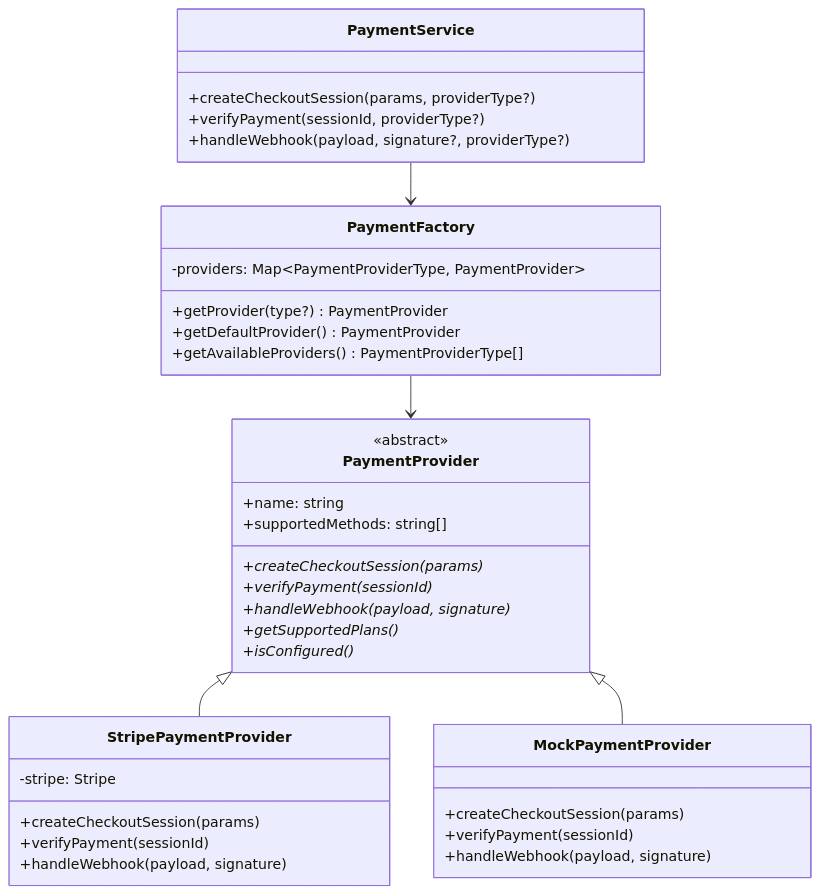
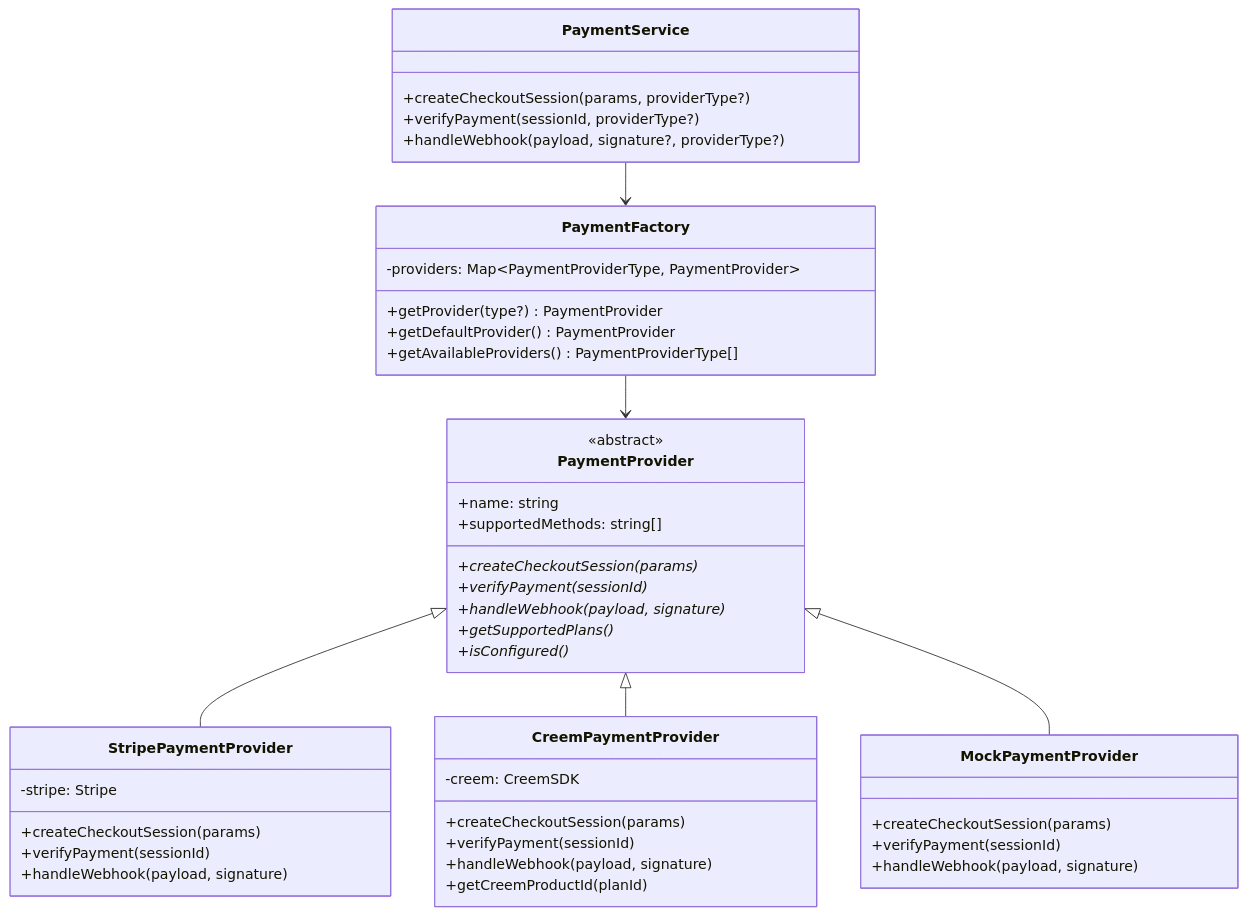
The diagram in docs/payment-system-refactor.md (musik/Open-Aiartools), drawn with Mermaid before and after one commit. The commit also changed other lines of this file, not shown here.

````diff
--- a/docs/payment-system-refactor.md
+++ b/docs/payment-system-refactor.md
@@ -39,44 +40,53 @@
 ```mermaid
 classDiagram
     class PaymentProvider {
         <<abstract>>
         +name: string
         +supportedMethods: string[]
         +createCheckoutSession(params)*
         +verifyPayment(sessionId)*
         +handleWebhook(payload, signature)*
         +getSupportedPlans()*
         +isConfigured()*
     }
     
     class StripePaymentProvider {
         -stripe: Stripe
         +createCheckoutSession(params)
         +verifyPayment(sessionId)
         +handleWebhook(payload, signature)
+    }
+    
+    class CreemPaymentProvider {
+        -creem: CreemSDK
+        +createCheckoutSession(params)
+        +verifyPayment(sessionId)
+        +handleWebhook(payload, signature)
+        +getCreemProductId(planId)
     }
     
     class MockPaymentProvider {
         +createCheckoutSession(params)
         +verifyPayment(sessionId)
         +handleWebhook(payload, signature)
     }
     
     class PaymentFactory {
         -providers: Map~PaymentProviderType, PaymentProvider~
         +getProvider(type?) PaymentProvider
         +getDefaultProvider() PaymentProvider
         +getAvailableProviders() PaymentProviderType[]
     }
     
     class PaymentService {
         +createCheckoutSession(params, providerType?)
         +verifyPayment(sessionId, providerType?)
         +handleWebhook(payload, signature?, providerType?)
     }
     
     PaymentProvider <|-- StripePaymentProvider
+    PaymentProvider <|-- CreemPaymentProvider  
     PaymentProvider <|-- MockPaymentProvider
     PaymentFactory --> PaymentProvider
     PaymentService --> PaymentFactory
 ```
````
